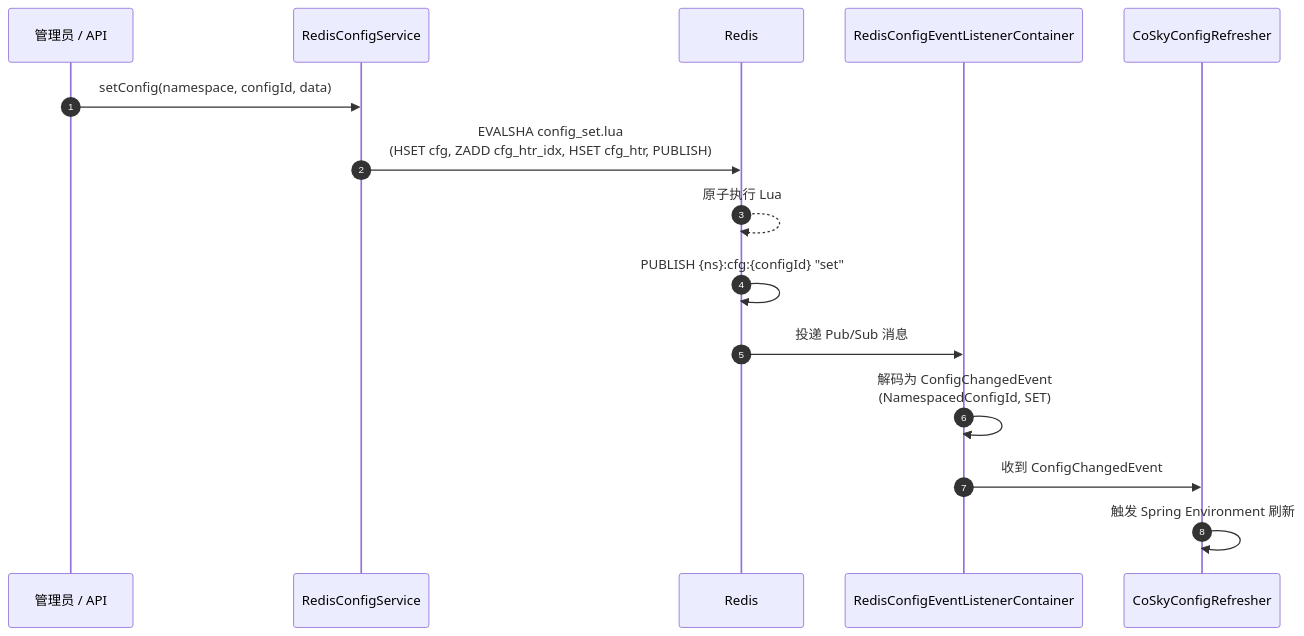
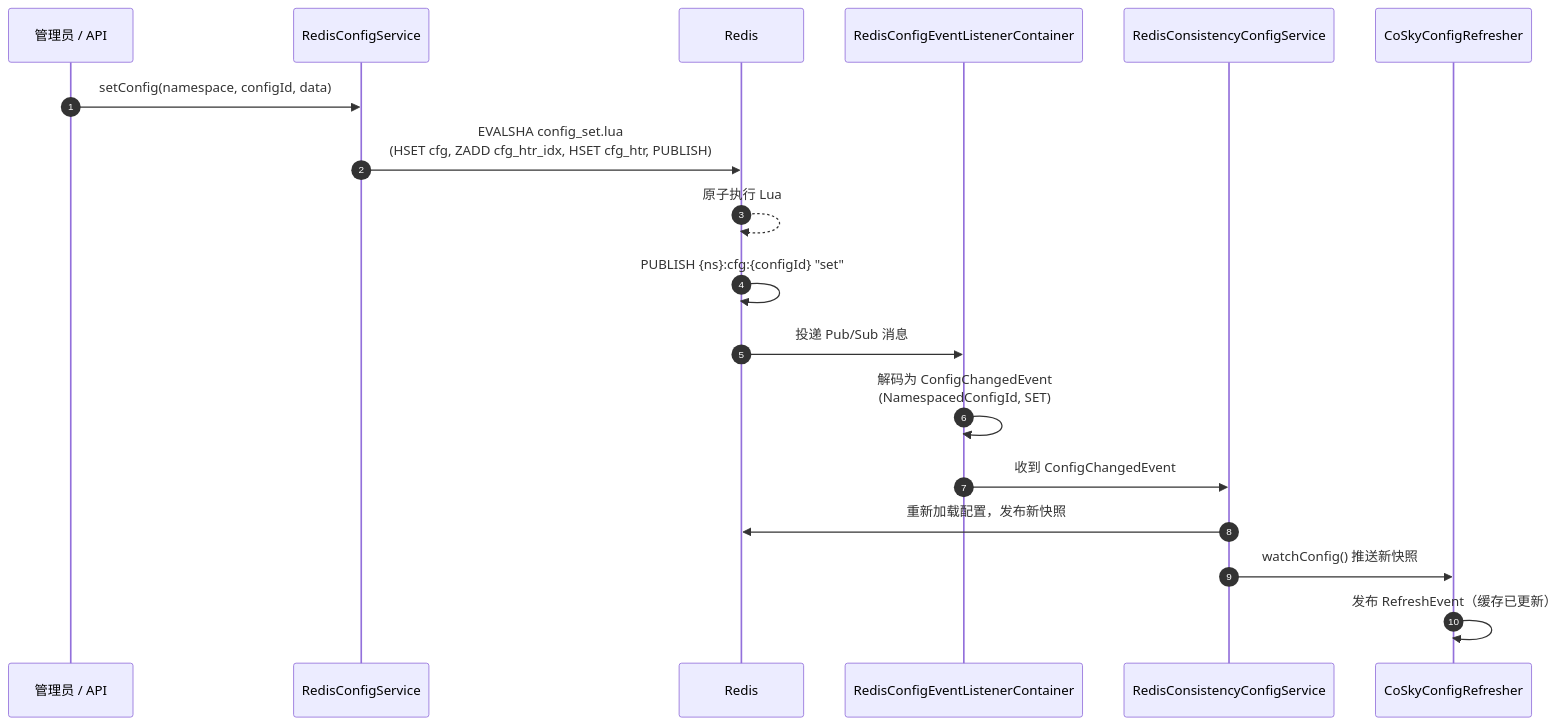
One commit to Ahoo-Wang/CoSky changed the fifth of 6 diagrams in wiki/zh/guide/core.md. Above: the diagram before and after it, drawn with Mermaid. The commit also changed other lines of this file and 35 other files, not shown here.

````diff
--- a/wiki/zh/guide/core.md
+++ b/wiki/zh/guide/core.md
@@ -315,18 +299,21 @@
 ```mermaid
 sequenceDiagram
     autonumber
     participant Admin as 管理员 / API
     participant Svc as RedisConfigService
     participant Redis as Redis
     participant Sub as RedisConfigEventListenerContainer
+    participant Cache as RedisConsistencyConfigService
     participant Refresher as CoSkyConfigRefresher
 
     Admin->>Svc: setConfig(namespace, configId, data)
     Svc->>Redis: EVALSHA config_set.lua<br>(HSET cfg, ZADD cfg_htr_idx, HSET cfg_htr, PUBLISH)
     Redis-->>Redis: 原子执行 Lua
     Redis->>Redis: PUBLISH {ns}:cfg:{configId} "set"
     Redis->>Sub: 投递 Pub/Sub 消息
     Sub->>Sub: 解码为 ConfigChangedEvent<br>(NamespacedConfigId, SET)
-    Sub->>Refresher: 收到 ConfigChangedEvent
-    Refresher->>Refresher: 触发 Spring Environment 刷新
+    Sub->>Cache: 收到 ConfigChangedEvent
+    Cache->>Redis: 重新加载配置，发布新快照
+    Cache->>Refresher: watchConfig() 推送新快照
+    Refresher->>Refresher: 发布 RefreshEvent（缓存已更新）
 ```
````
